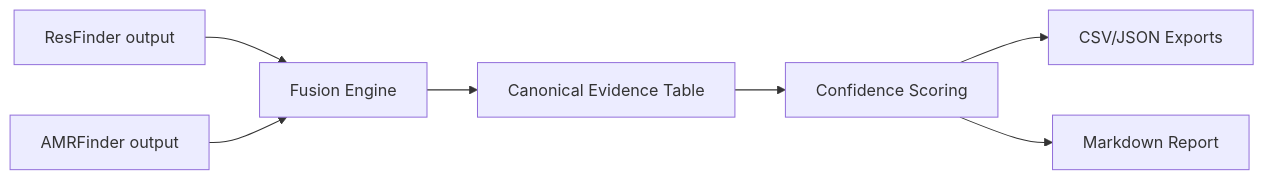
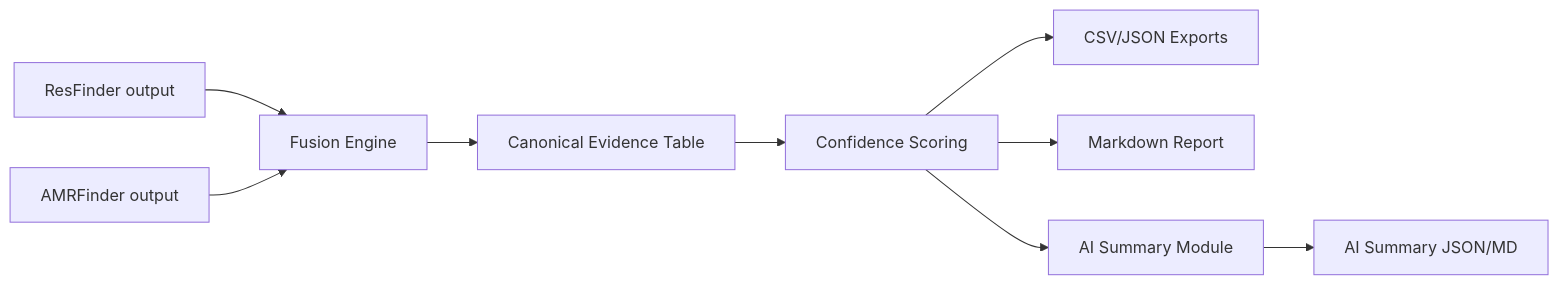
One commit to AKADevelopers/AMR-Fusion-Lab changed the diagram in README.md. Above: the diagram before and after it, drawn with Mermaid. The commit also changed other lines of this file and 4 other files, not shown here.

Commit message:
feat: add professional AI interpretation module with strict JSON outputs

````diff
--- a/README.md
+++ b/README.md
@@ -51,9 +76,11 @@
 ```mermaid
 flowchart LR
     A[ResFinder output] --> D[Fusion Engine]
     B[AMRFinder output] --> D
     D --> E[Canonical Evidence Table]
     E --> F[Confidence Scoring]
     F --> G[CSV/JSON Exports]
     F --> H[Markdown Report]
+    F --> I[AI Summary Module]
+    I --> J[AI Summary JSON/MD]
 ```
````
